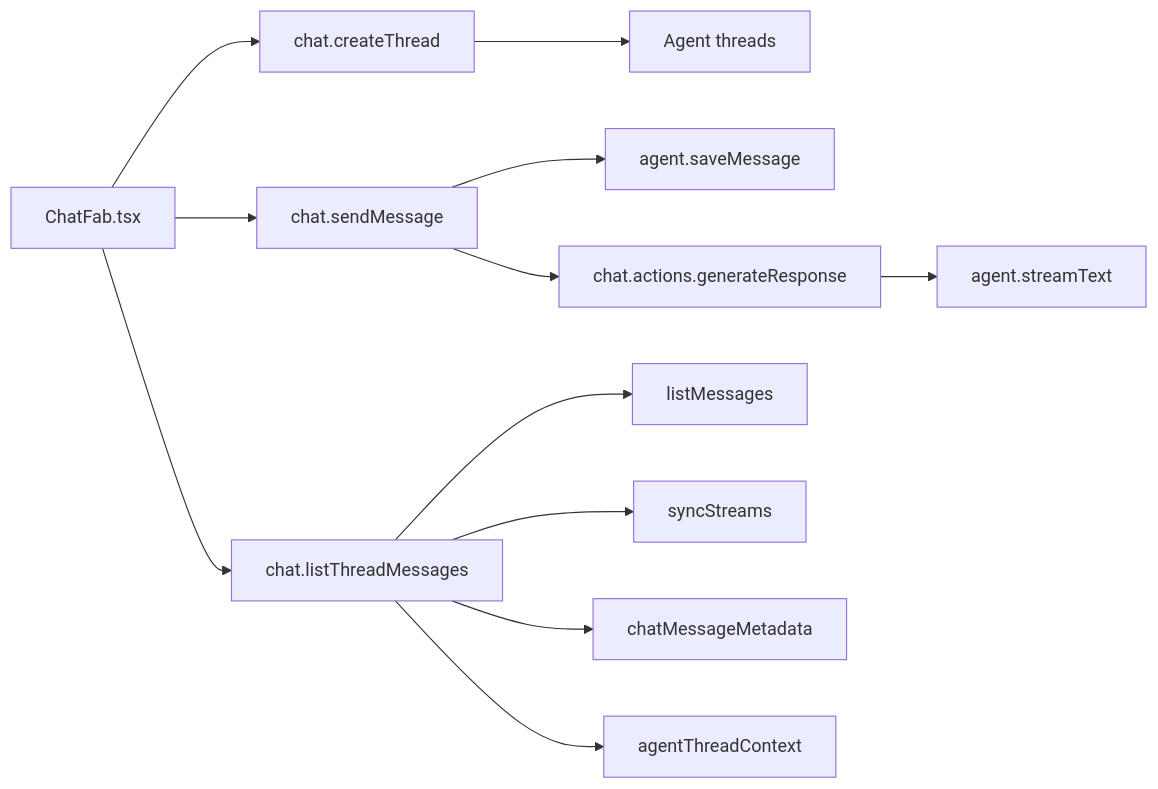
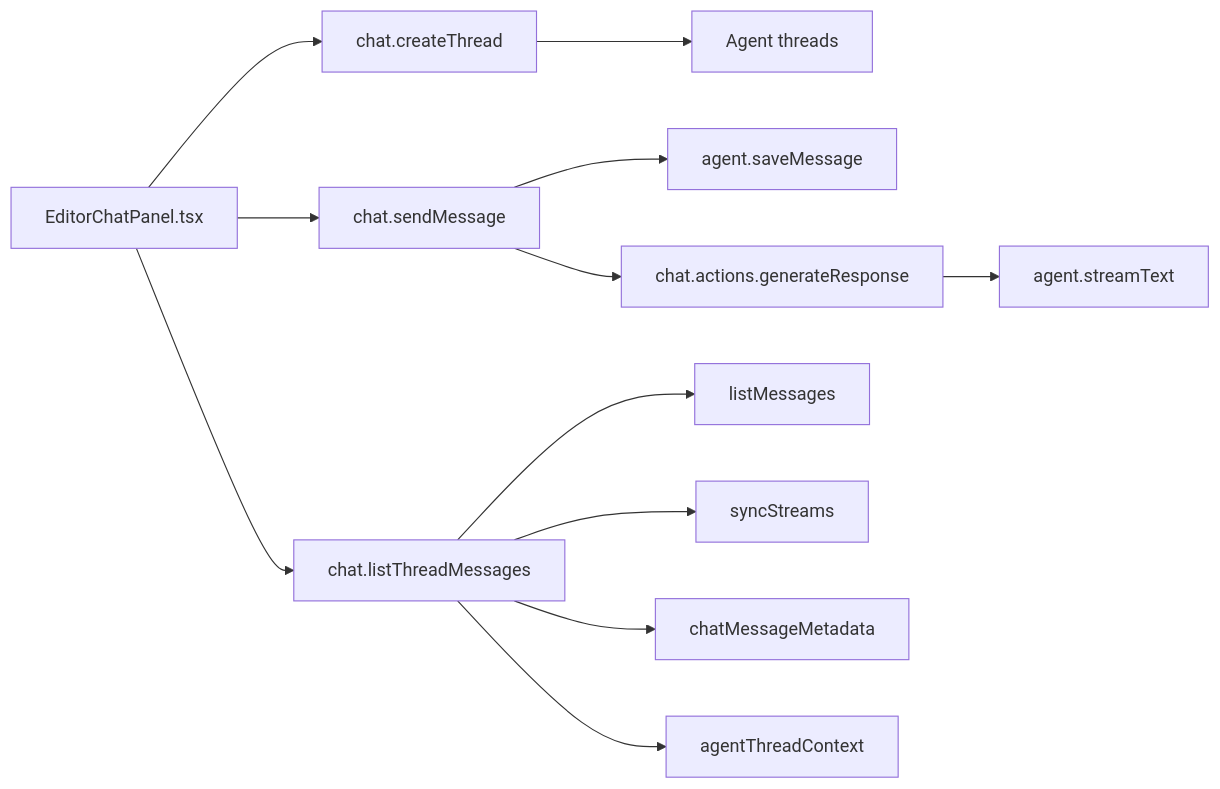
One commit to samebase/samebase changed the diagram in apps/noter/convex/README.md. Above: the diagram before and after it, drawn with Mermaid. The commit also changed 7 other files, not shown here.

Commit message:
Embed chat panel in editor

````diff
--- a/apps/noter/convex/README.md
+++ b/apps/noter/convex/README.md
@@ -17,16 +17,16 @@
 ```mermaid
 flowchart LR
-  UI["ChatFab.tsx"] --> CT["chat.createThread"]
+  UI["EditorChatPanel.tsx"] --> CT["chat.createThread"]
   CT --> AT["Agent threads"]
 
   UI --> SM["chat.sendMessage"]
   SM --> SAV["agent.saveMessage"]
   SM --> GR["chat.actions.generateResponse"]
   GR --> ST["agent.streamText"]
 
   UI --> LM["chat.listThreadMessages"]
   LM --> LIST["listMessages"]
   LM --> SYNC["syncStreams"]
   LM --> META["chatMessageMetadata"]
   LM --> CTX["agentThreadContext"]
 ```
````
